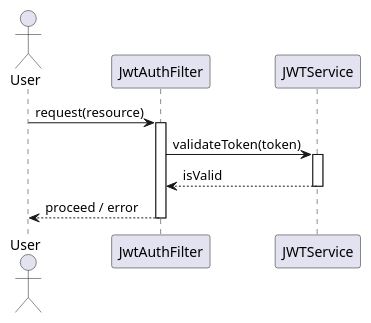
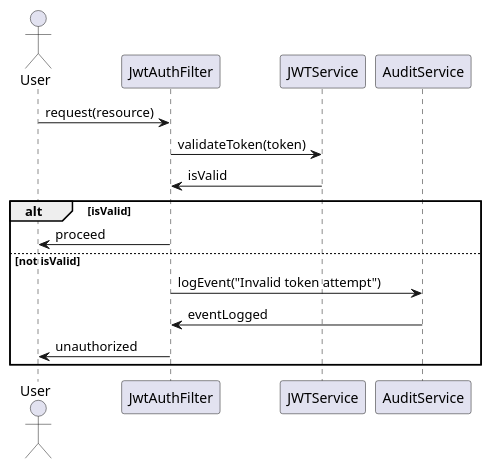
One commit to Dinesh-s95/AutoDoc.ai changed the third of 5 diagrams in identityprovider/documentation/detaileddesign.adoc. Above: the diagram before and after it, drawn with PlantUML. The commit also changed other lines of this file and 4 other files, not shown here.

```diff
--- a/identityprovider/documentation/detaileddesign.adoc
+++ b/identityprovider/documentation/detaileddesign.adoc
@@ -357,19 +702,20 @@
-[plantuml, jwt-token-validation-flow, png]
+[source,plantuml]
 ----
 @startuml
 actor User
 participant JwtAuthFilter
 participant JWTService
+participant AuditService
 
 User -> JwtAuthFilter : request(resource)
-activate JwtAuthFilter
-
 JwtAuthFilter -> JWTService : validateToken(token)
-activate JWTService
-JWTService --> JwtAuthFilter : isValid
-deactivate JWTService
-
-JwtAuthFilter --> User : proceed / error
-deactivate JwtAuthFilter
+JWTService -> JwtAuthFilter : isValid
+alt isValid
+    JwtAuthFilter -> User : proceed
+else not isValid
+    JwtAuthFilter -> AuditService : logEvent("Invalid token attempt")
+    AuditService -> JwtAuthFilter : eventLogged
+    JwtAuthFilter -> User : unauthorized
+end
 @enduml
 ----
```
